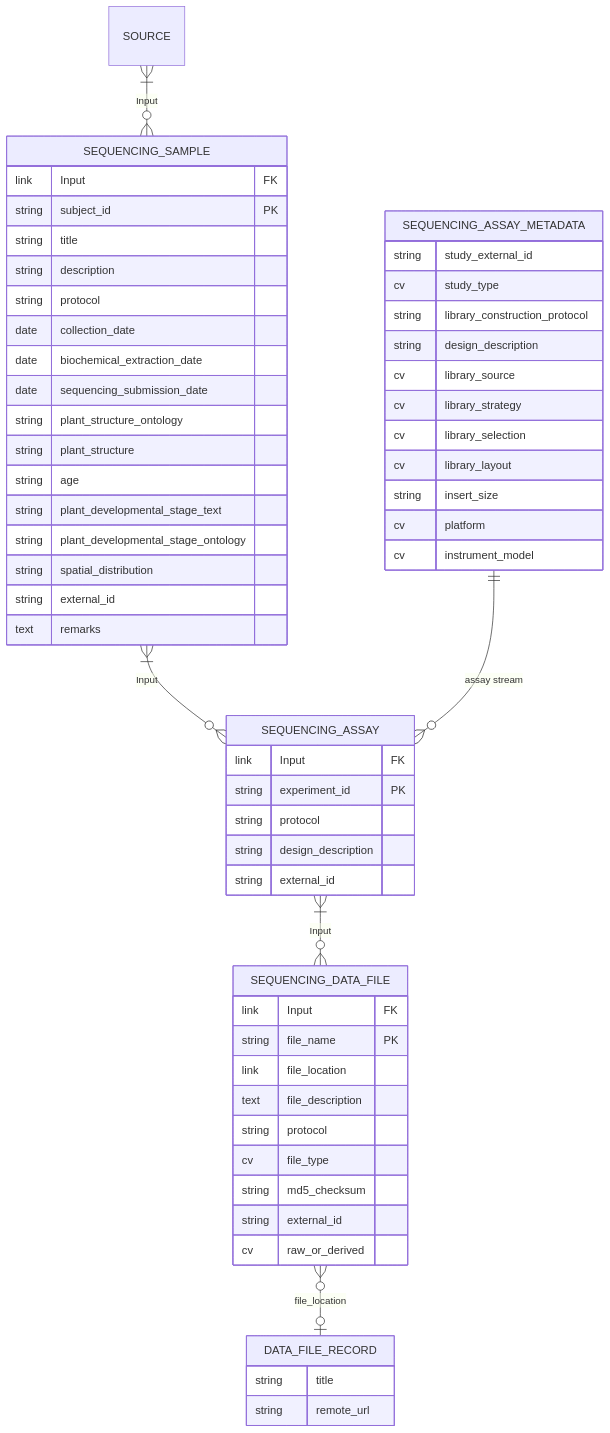
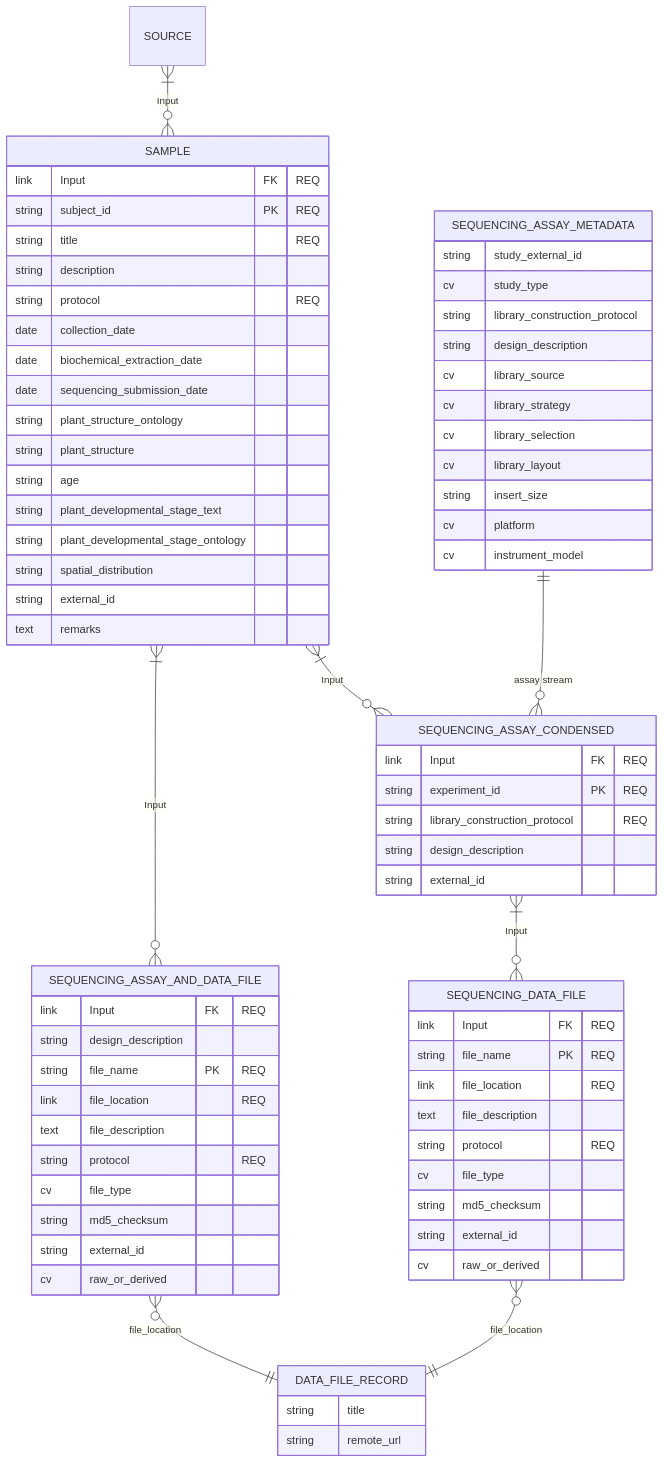
One commit to CropXR/documentation changed the third of 5 diagrams in docs/concepts/metadata-model.md. Above: the diagram before and after it, drawn with Mermaid. The commit also changed other lines of this file, not shown here.

Commit message:
docs(concepts): draw the diagrams from model 1.0 as requested, not the current 1.3.0

````diff
--- a/docs/concepts/metadata-model.md
+++ b/docs/concepts/metadata-model.md
@@ -177,62 +161,76 @@
 ```mermaid
 erDiagram
-    SOURCE }|--o{ SEQUENCING_SAMPLE : Input
-    SEQUENCING_SAMPLE }|--o{ SEQUENCING_ASSAY : Input
-    SEQUENCING_ASSAY }|--o{ SEQUENCING_DATA_FILE : Input
-    SEQUENCING_DATA_FILE }o--o| DATA_FILE_RECORD : file_location
-    SEQUENCING_ASSAY_METADATA ||--o{ SEQUENCING_ASSAY : "assay stream"
+    SOURCE }|--o{ SAMPLE : Input
+    SAMPLE }|--o{ SEQUENCING_ASSAY_CONDENSED : Input
+    SEQUENCING_ASSAY_CONDENSED }|--o{ SEQUENCING_DATA_FILE : Input
+    SAMPLE }|--o{ SEQUENCING_ASSAY_AND_DATA_FILE : Input
+    SEQUENCING_DATA_FILE }o--|| DATA_FILE_RECORD : file_location
+    SEQUENCING_ASSAY_AND_DATA_FILE }o--|| DATA_FILE_RECORD : file_location
+    SEQUENCING_ASSAY_METADATA ||--o{ SEQUENCING_ASSAY_CONDENSED : "assay stream"
 
-    SEQUENCING_SAMPLE {
-        link Input FK
-        string subject_id PK
-        string title
+    SAMPLE {
+        link Input FK "REQ"
+        string subject_id PK "REQ"
+        string title "REQ"
         string description
-        string protocol
+        string protocol "REQ"
         date collection_date
         date biochemical_extraction_date
         date sequencing_submission_date
         string plant_structure_ontology
         string plant_structure
         string age
         string plant_developmental_stage_text
         string plant_developmental_stage_ontology
         string spatial_distribution
         string external_id
         text remarks
     }
-    SEQUENCING_ASSAY {
-        link Input FK
-        string experiment_id PK
-        string protocol
+    SEQUENCING_ASSAY_CONDENSED {
+        link Input FK "REQ"
+        string experiment_id PK "REQ"
+        string library_construction_protocol "REQ"
         string design_description
         string external_id
     }
     SEQUENCING_DATA_FILE {
-        link Input FK
-        string file_name PK
-        link file_location
+        link Input FK "REQ"
+        string file_name PK "REQ"
+        link file_location "REQ"
         text file_description
-        string protocol
+        string protocol "REQ"
+        cv file_type
+        string md5_checksum
+        string external_id
+        cv raw_or_derived
+    }
+    SEQUENCING_ASSAY_AND_DATA_FILE {
+        link Input FK "REQ"
+        string design_description
+        string file_name PK "REQ"
+        link file_location "REQ"
+        text file_description
+        string protocol "REQ"
         cv file_type
         string md5_checksum
         string external_id
         cv raw_or_derived
     }
     SEQUENCING_ASSAY_METADATA {
         string study_external_id
         cv study_type
         string library_construction_protocol
         string design_description
         cv library_source
         cv library_strategy
         cv library_selection
         cv library_layout
         string insert_size
         cv platform
         cv instrument_model
     }
     DATA_FILE_RECORD {
         string title
         string remote_url
     }
 ```
````
